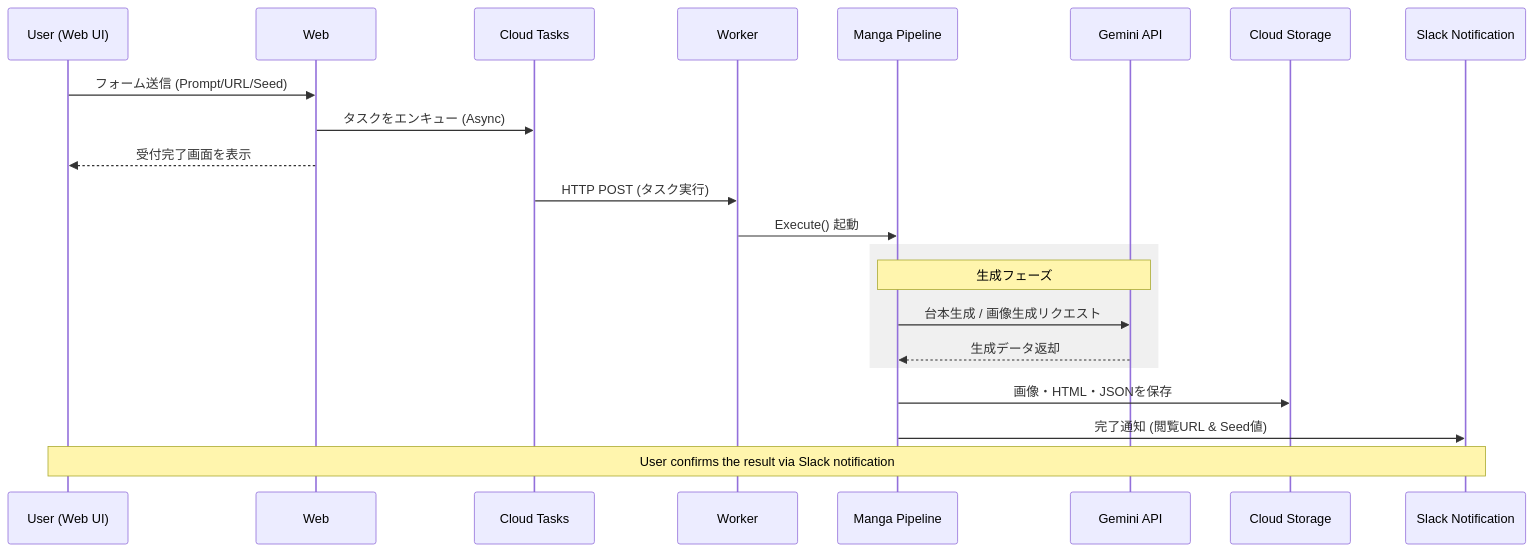
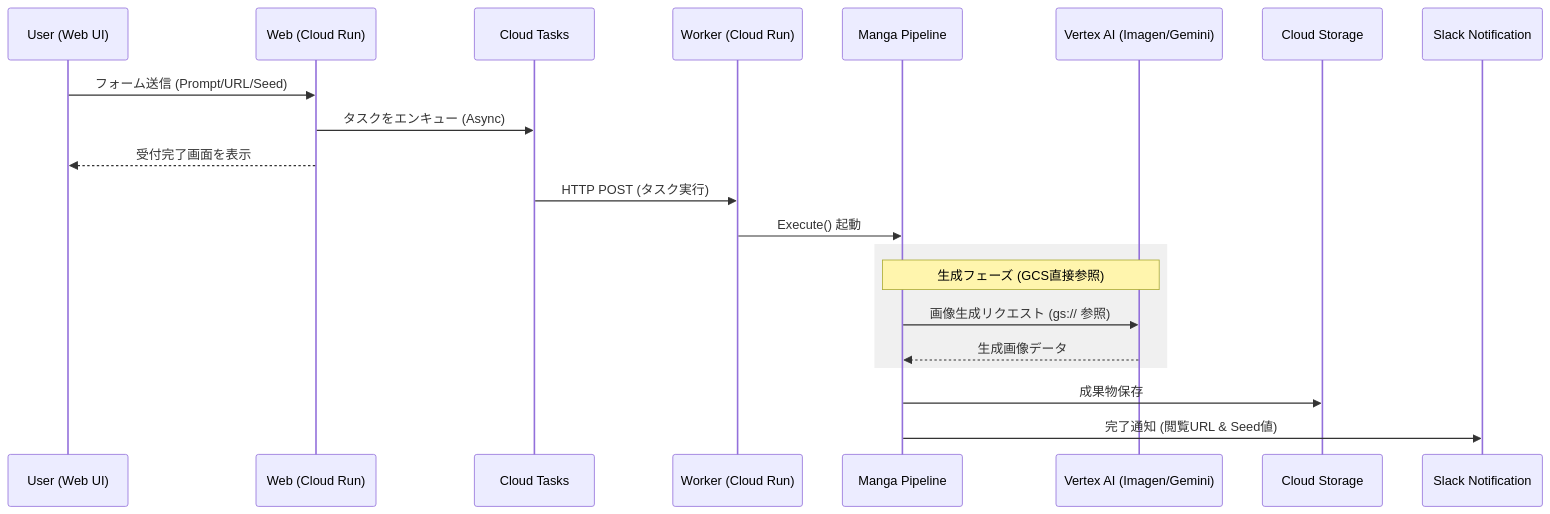
Before and after one commit to shouni/ap-manga-web: the diagram in README.md, drawn with Mermaid. The commit also changed other lines of this file and 1 other file, not shown here.

Commit message:
Update `Config` and README: rename `IMAGE_PRO_MODEL` to `IMAGE_QUALITY_MODEL`, adjust descriptions for clarity, and revise usage instructions for Vertex AI models.

````diff
--- a/README.md
+++ b/README.md
@@ -154,29 +155,28 @@
 ```mermaid
 sequenceDiagram
     participant User as User (Web UI)
-    participant Web as Web
+    participant Web as Web (Cloud Run)
     participant Queue as Cloud Tasks
-    participant Worker as Worker
+    participant Worker as Worker (Cloud Run)
     participant Pipeline as Manga Pipeline
-    participant Gemini as Gemini API
+    participant VertexAI as Vertex AI (Imagen/Gemini)
     participant GCS as Cloud Storage
     participant Slack as Slack Notification
 
     User->>Web: フォーム送信 (Prompt/URL/Seed)
     Web->>Queue: タスクをエンキュー (Async)
     Web-->>User: 受付完了画面を表示
     
     Queue->>Worker: HTTP POST (タスク実行)
     Worker->>Pipeline: Execute() 起動
     
     rect rgb(240, 240, 240)
-        Note over Pipeline, Gemini: 生成フェーズ
-        Pipeline->>Gemini: 台本生成 / 画像生成リクエスト
-        Gemini-->>Pipeline: 生成データ返却
+        Note over Pipeline, VertexAI: 生成フェーズ (GCS直接参照)
+        Pipeline->>VertexAI: 画像生成リクエスト (gs:// 参照)
+        VertexAI-->>Pipeline: 生成画像データ
     end
     
-    Pipeline->>GCS: 画像・HTML・JSONを保存
+    Pipeline->>GCS: 成果物保存
     Pipeline->>Slack: 完了通知 (閲覧URL & Seed値)
-    
-    Note over User, Slack: User confirms the result via Slack notification
+
 ```
````
